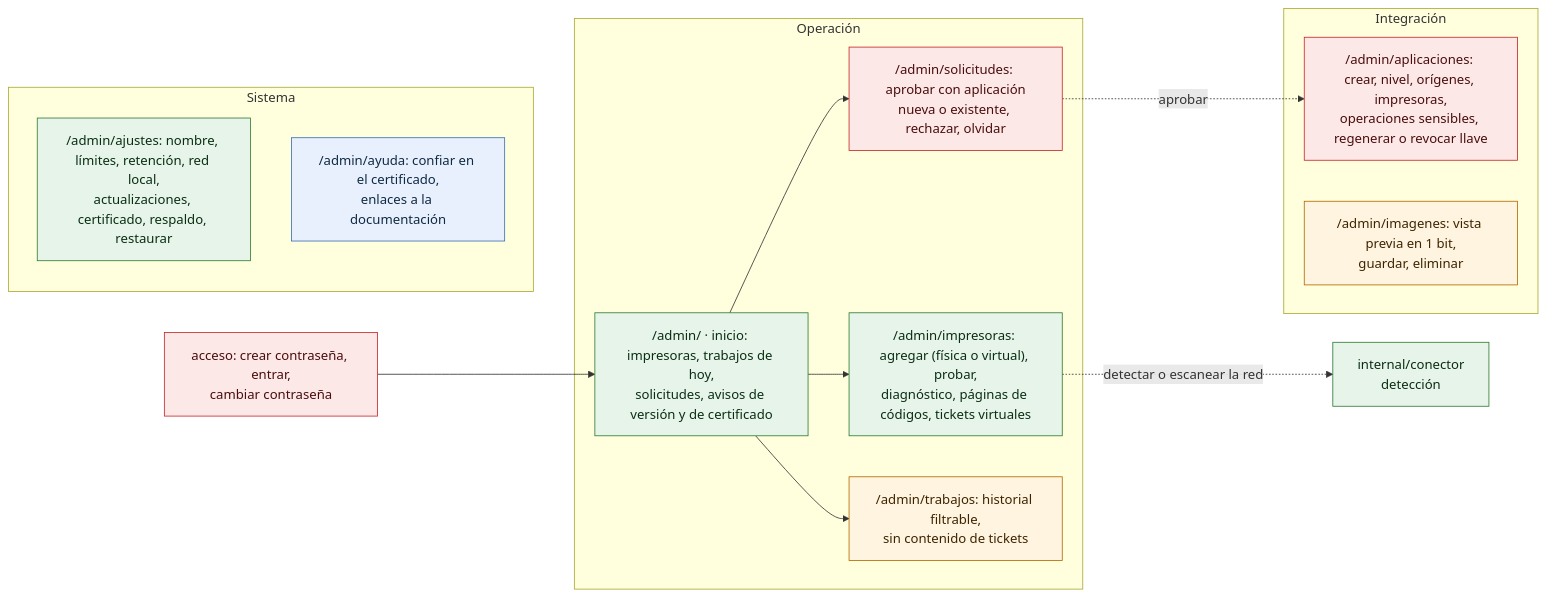
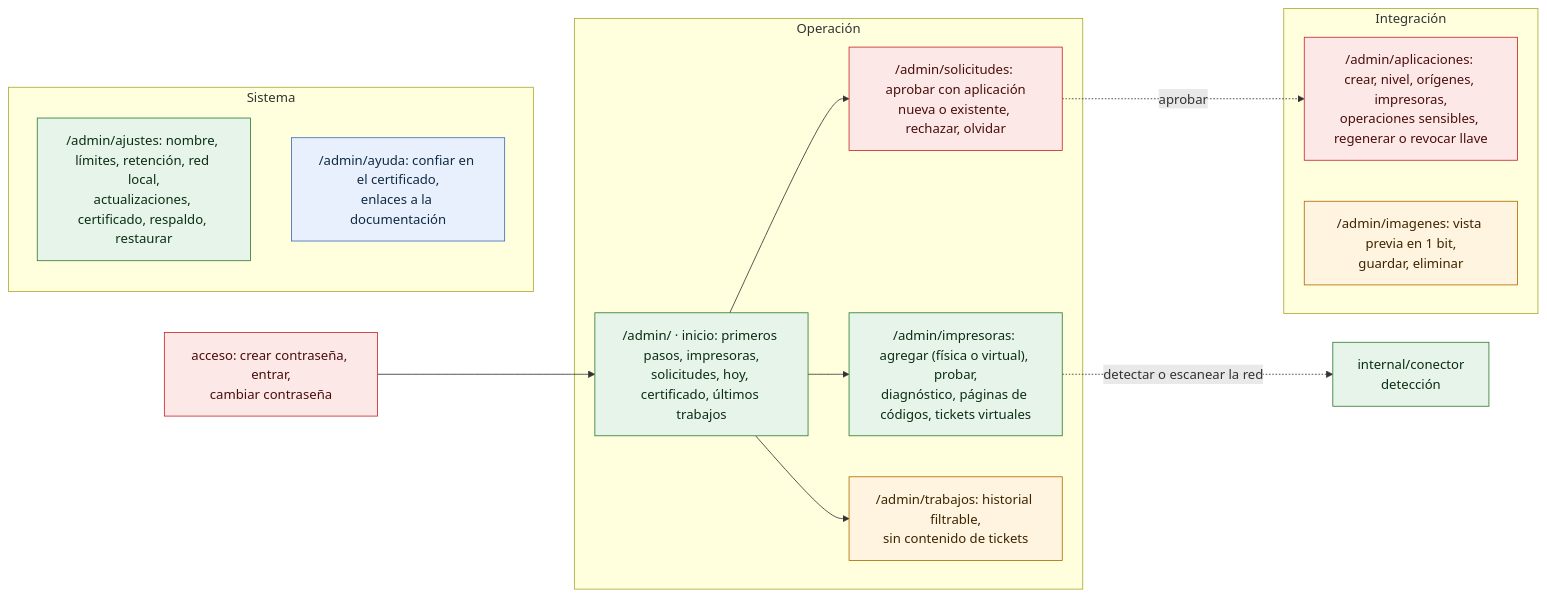
The diagram in docs/diagramas/15-panel-navegacion.md (bayalad7/prisma), drawn with Mermaid before and after one commit. The commit also changed other lines of this file and 12 other files, not shown here.

First line of the commit message:
documentacion(prisma): describe el Inicio nuevo del panel

````diff
--- a/docs/diagramas/15-panel-navegacion.md
+++ b/docs/diagramas/15-panel-navegacion.md
@@ -5,27 +5,27 @@
 ```mermaid
 flowchart LR
     acceso["acceso: crear contraseña, entrar,<br/>cambiar contraseña"]:::seguridad --> inicio
     subgraph operacion["Operación"]
-        inicio["/admin/ · inicio: impresoras, trabajos de hoy,<br/>solicitudes, avisos de versión y de certificado"]:::prisma
+        inicio["/admin/ · inicio: primeros pasos, impresoras,<br/>solicitudes, hoy, certificado, últimos trabajos"]:::prisma
         imp["/admin/impresoras: agregar (física o virtual), probar,<br/>diagnóstico, páginas de códigos, tickets virtuales"]:::prisma
         sol["/admin/solicitudes: aprobar con aplicación<br/>nueva o existente, rechazar, olvidar"]:::seguridad
         trab["/admin/trabajos: historial filtrable,<br/>sin contenido de tickets"]:::datos
     end
     subgraph integracion["Integración"]
         apps["/admin/aplicaciones: crear, nivel, orígenes, impresoras,<br/>operaciones sensibles, regenerar o revocar llave"]:::seguridad
         rec["/admin/imagenes: vista previa en 1 bit,<br/>guardar, eliminar"]:::datos
     end
     subgraph sistema["Sistema"]
         aj["/admin/ajustes: nombre, límites, retención, red local,<br/>actualizaciones, certificado, respaldo, restaurar"]:::prisma
         ay["/admin/ayuda: confiar en el certificado,<br/>enlaces a la documentación"]:::externo
     end
     inicio --> imp
     inicio --> sol
     inicio --> trab
     sol -. "aprobar" .-> apps
     imp -. "detectar o escanear la red" .-> det["internal/conector<br/>detección"]:::prisma
     classDef externo fill:#e8f0fe,stroke:#3b6db3,color:#102a43
     classDef prisma fill:#e6f4ea,stroke:#2f7d32,color:#0b2e13
     classDef datos fill:#fff4e0,stroke:#b26a00,color:#3d2400
     classDef seguridad fill:#fde8e8,stroke:#c62828,color:#4a0d0d
 ```
````
